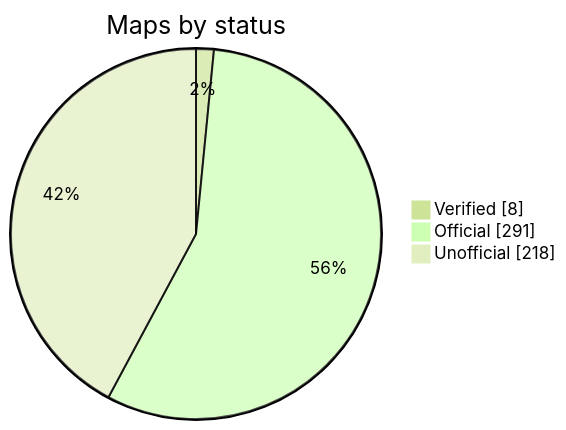
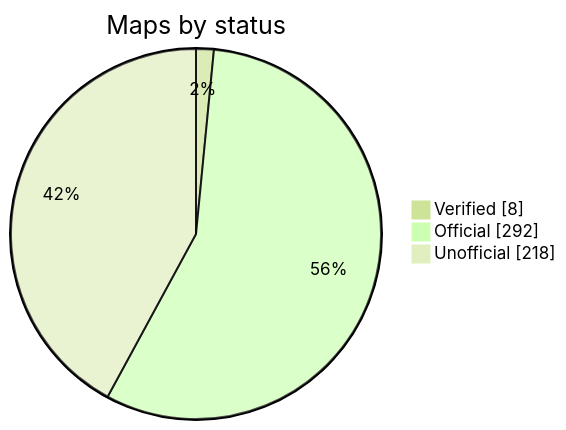
The diagram in README.md (nobrega8/mbmap-library), drawn with Mermaid (forest theme) before and after one commit. The commit also changed 5 other files, not shown here.

````diff
--- a/README.md
+++ b/README.md
@@ -52,7 +52,7 @@
 ```mermaid
 pie showData
     title Maps by status
     "Verified" : 8
-    "Official" : 291
+    "Official" : 292
     "Unofficial" : 218
 ```
````
